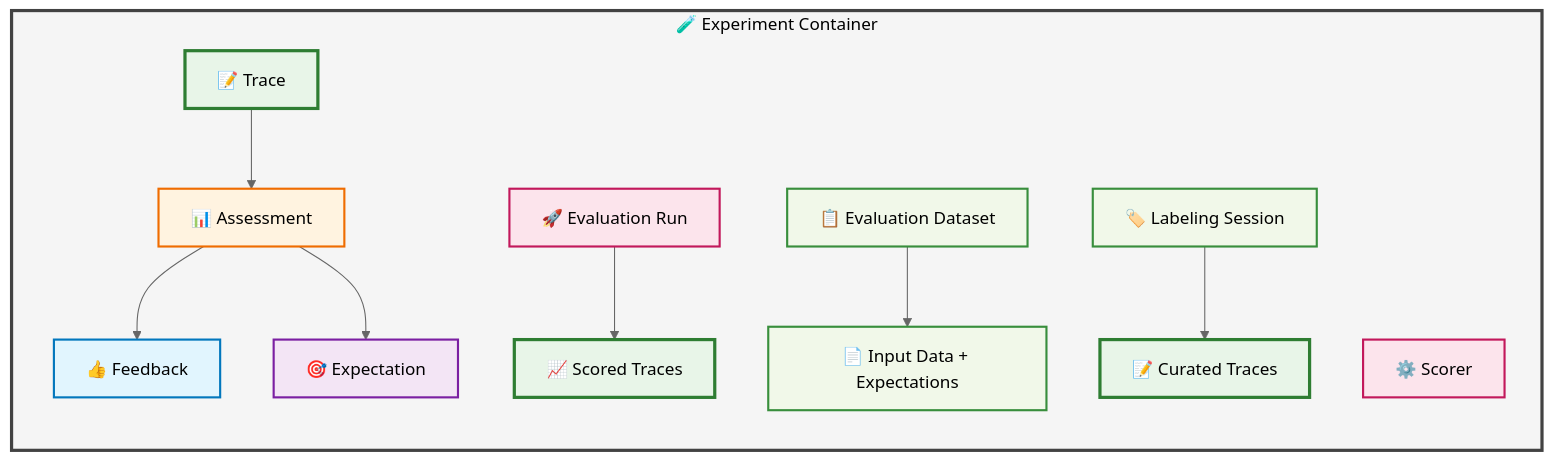
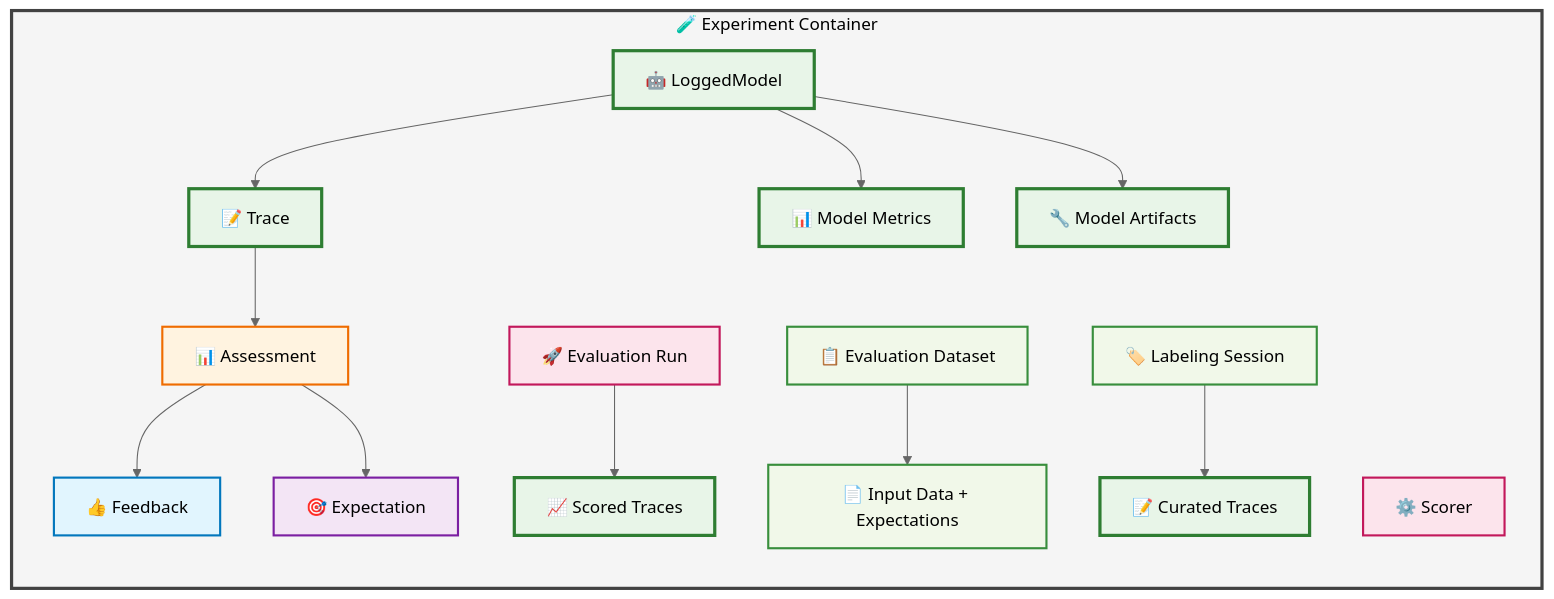
One commit to mlflow/mlflow changed the fourth of 4 diagrams in docs/docs/genai/data-model/index.mdx. Above: the diagram before and after it, drawn with Mermaid (neutral theme). The commit also changed other lines of this file and 50 other files, not shown here.

````diff
--- a/docs/docs/genai/data-model/index.mdx
+++ b/docs/docs/genai/data-model/index.mdx
@@ -241,29 +356,34 @@
 ```mermaid
 graph TD
     subgraph EXP[🧪 Experiment Container]
         direction TB
-        A[📝 Trace] --> B[📊 Assessment]
+        LM[🤖 LoggedModel] --> A[📝 Trace]
+        A --> B[📊 Assessment]
         B --> C[👍 Feedback]
         B --> D[🎯 Expectation]
         E[⚙️ Scorer]
         F[🚀 Evaluation Run] --> G[📈 Scored Traces]
         H[📋 Evaluation Dataset] --> I[📄 Input Data + Expectations]
         J[🏷️ Labeling Session] --> K[📝 Curated Traces]
+        LM --> L[📊 Model Metrics]
+        LM --> M[🔧 Model Artifacts]
     end
 
+    classDef modelStyle fill:#e8f5e8,stroke:#2e7d32,stroke-width:3px,color:#000
     classDef traceStyle fill:#e8f5e8,stroke:#2e7d32,stroke-width:3px,color:#000
     classDef assessmentStyle fill:#fff3e0,stroke:#ef6c00,stroke-width:2px,color:#000
     classDef feedbackStyle fill:#e1f5fe,stroke:#0277bd,stroke-width:2px,color:#000
     classDef expectationStyle fill:#f3e5f5,stroke:#7b1fa2,stroke-width:2px,color:#000
     classDef toolStyle fill:#fce4ec,stroke:#c2185b,stroke-width:2px,color:#000
     classDef dataStyle fill:#f1f8e9,stroke:#388e3c,stroke-width:2px,color:#000
     classDef containerStyle fill:#f5f5f5,stroke:#424242,stroke-width:3px,color:#000
 
+    class LM,L,M modelStyle
     class A,K,G traceStyle
     class B assessmentStyle
     class C feedbackStyle
     class D expectationStyle
     class E,F toolStyle
     class H,I,J dataStyle
     class EXP containerStyle
 ```
````
